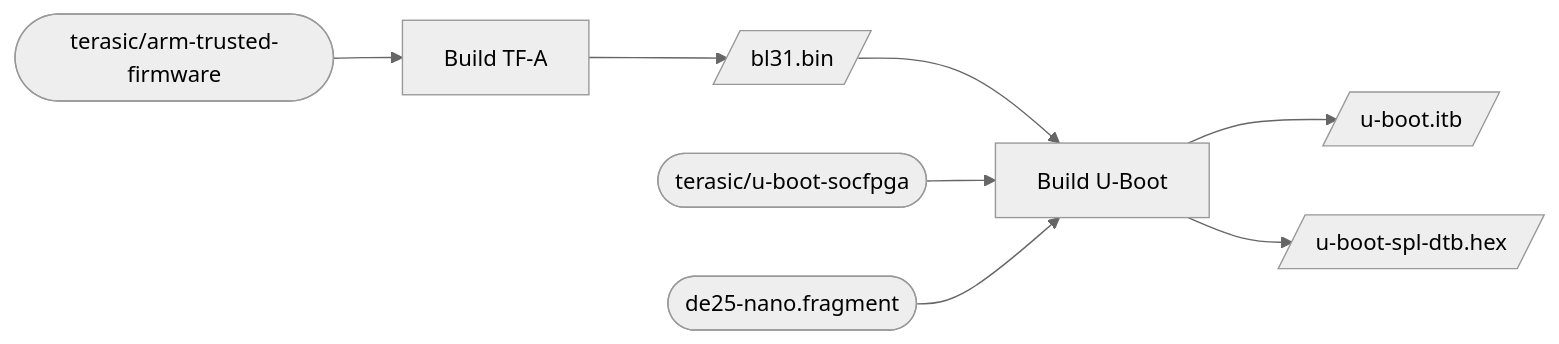
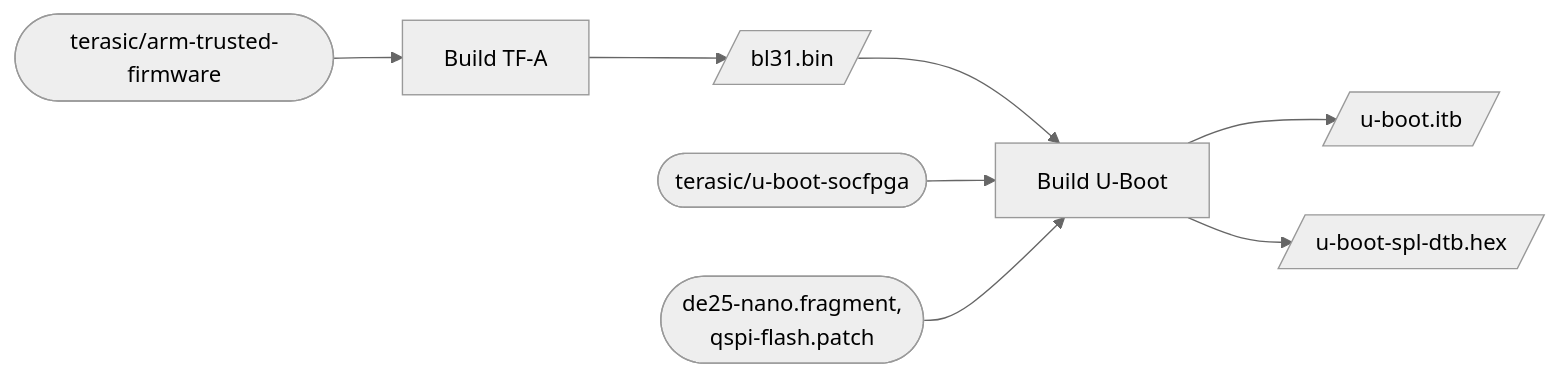
Before and after one commit to jclark/de25-nano-debian: the diagram in u-boot/README.md, drawn with Mermaid (neutral theme). The commit also changed other lines of this file and 17 other files, not shown here.

````diff
--- a/u-boot/README.md
+++ b/u-boot/README.md
@@ -3,8 +3,8 @@
 ```mermaid
 flowchart LR
   s1(["terasic/arm-trusted-firmware"]) --> a["Build TF-A"] --> b[/"bl31.bin"/] --> c["Build U-Boot"]
   s2(["terasic/u-boot-socfpga"]) --> c
-  s3(["de25-nano.fragment"]) --> c
+  s3(["de25-nano.fragment,<br/>qspi-flash.patch"]) --> c
   c --> o1[/"u-boot.itb"/]
   c --> o2[/"u-boot-spl-dtb.hex"/]
 ```
````
